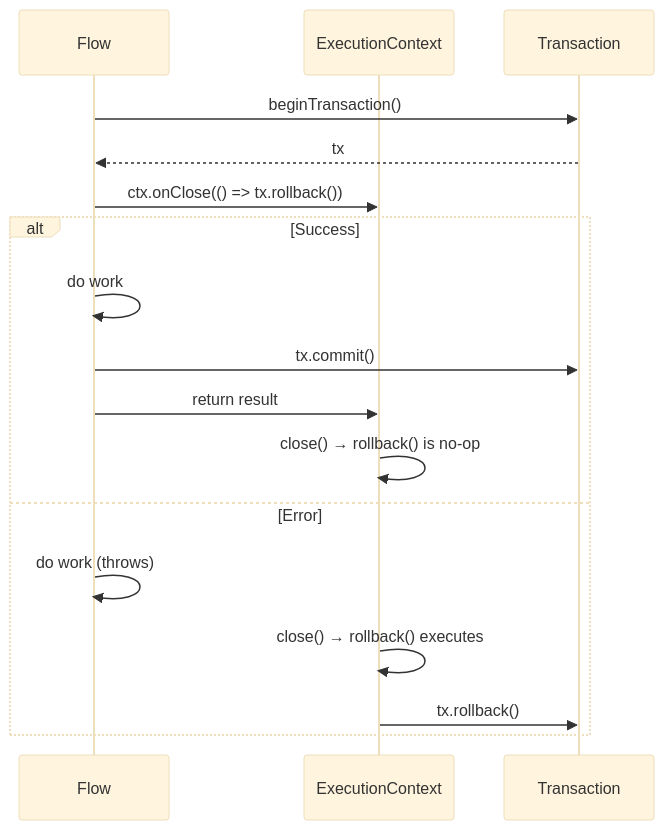
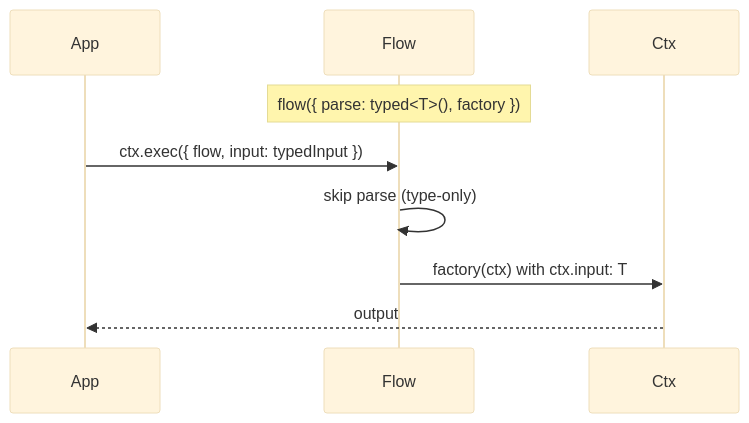
The eighth of 11 diagrams in packages/lite/PATTERNS.md (pumped-fn/pumped-fn), drawn with Mermaid (base theme) before and after one commit. The commit also changed other lines of this file and 4 other files, not shown here.

First line of the commit message:
docs(lite): replace text glossary with mermaid diagrams

````diff
--- a/packages/lite/PATTERNS.md
+++ b/packages/lite/PATTERNS.md
@@ -140,21 +189,12 @@
 ```mermaid
 sequenceDiagram
+    participant App
     participant Flow
-    participant Ctx as ExecutionContext
-    participant Tx as Transaction
+    participant Ctx
 
-    Flow->>Tx: beginTransaction()
-    Tx-->>Flow: tx
-    Flow->>Ctx: ctx.onClose(() => tx.rollback())
-
-    alt Success
-        Flow->>Flow: do work
-        Flow->>Tx: tx.commit()
-        Flow->>Ctx: return result
-        Ctx->>Ctx: close() → rollback() is no-op
-    else Error
-        Flow->>Flow: do work (throws)
-        Ctx->>Ctx: close() → rollback() executes
-        Ctx->>Tx: tx.rollback()
-    end
+    Note over Flow: flow({ parse: typed<T>(), factory })
+    App->>Flow: ctx.exec({ flow, input: typedInput })
+    Flow->>Flow: skip parse (type-only)
+    Flow->>Ctx: factory(ctx) with ctx.input: T
+    Ctx-->>App: output
 ```
````
